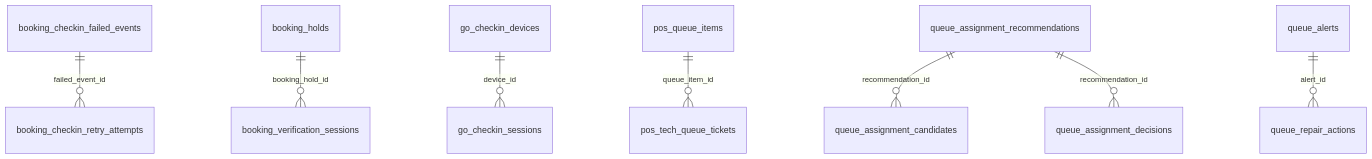
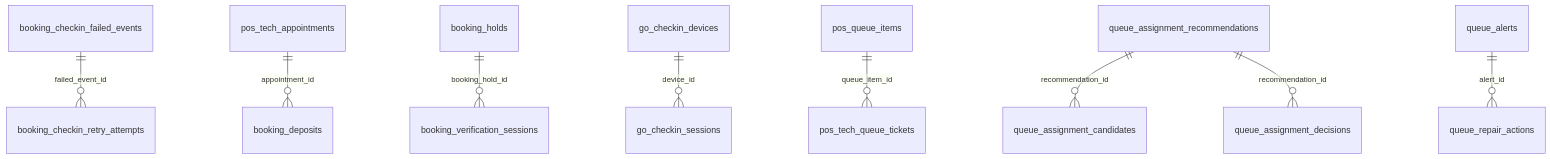
One commit to kevindang2020-lgtm/Nail-POS changed the first of 8 diagrams in DB_ERD_AND_DOMAINS.md. Above: the diagram before and after it, drawn with Mermaid. The commit also changed other lines of this file and 49 other files, not shown here.

````diff
--- a/DB_ERD_AND_DOMAINS.md
+++ b/DB_ERD_AND_DOMAINS.md
@@ -78,10 +78,11 @@
 ```mermaid
 erDiagram
   booking_checkin_failed_events ||--o{ booking_checkin_retry_attempts : "failed_event_id"
+  pos_tech_appointments ||--o{ booking_deposits : "appointment_id"
   booking_holds ||--o{ booking_verification_sessions : "booking_hold_id"
   go_checkin_devices ||--o{ go_checkin_sessions : "device_id"
   pos_queue_items ||--o{ pos_tech_queue_tickets : "queue_item_id"
   queue_assignment_recommendations ||--o{ queue_assignment_candidates : "recommendation_id"
   queue_assignment_recommendations ||--o{ queue_assignment_decisions : "recommendation_id"
   queue_alerts ||--o{ queue_repair_actions : "alert_id"
 ```
````
